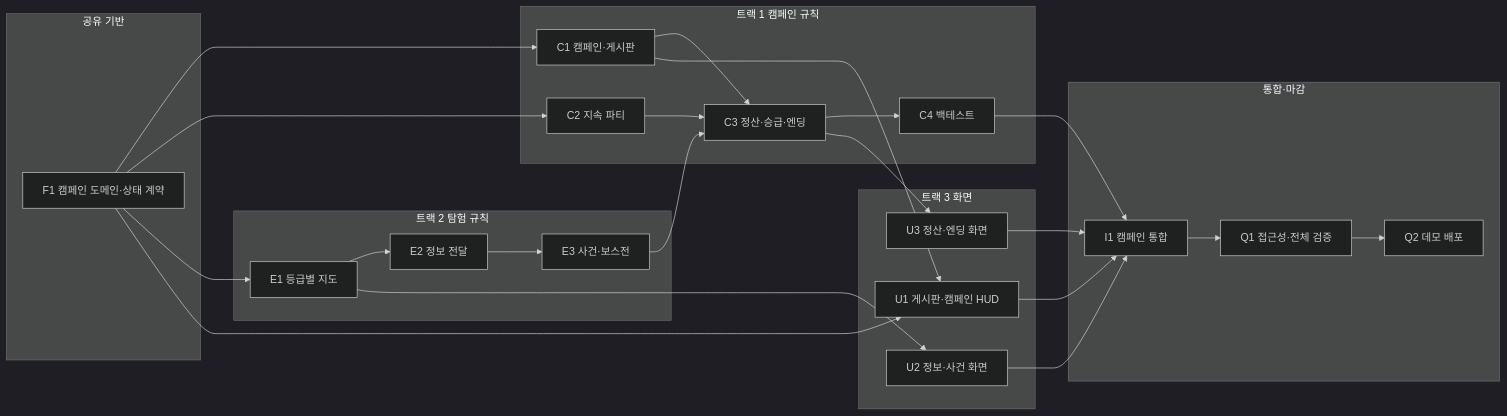
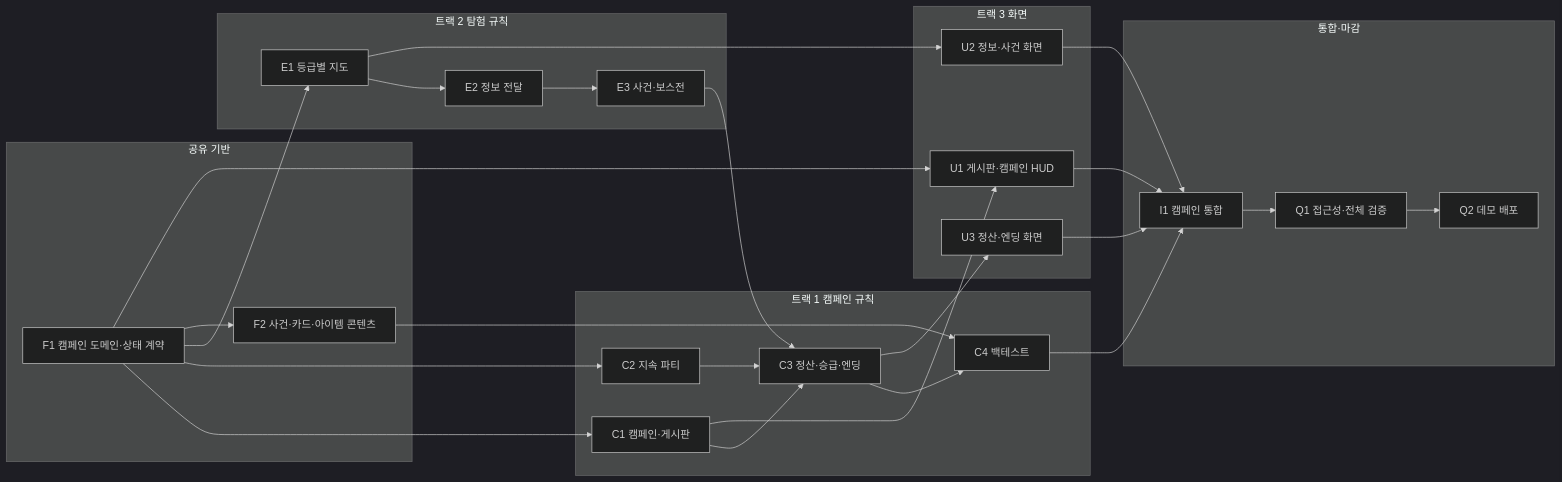
The diagram in docs/technical/PROTOTYPE_WORK_ASSIGNMENT.md (LatteBun/Dungeon_Schemer), drawn with Mermaid (dark theme) before and after one commit. The commit also changed other lines of this file, not shown here.

First line of the commit message:
문서: C4 백테스트를 막는 콘텐츠 작업을 F2로 분리한다

````diff
--- a/docs/technical/PROTOTYPE_WORK_ASSIGNMENT.md
+++ b/docs/technical/PROTOTYPE_WORK_ASSIGNMENT.md
@@ -30,41 +30,43 @@
 ```mermaid
 graph LR
   subgraph L0["공유 기반"]
     F1["F1 캠페인 도메인·상태 계약"]
+    F2["F2 사건·카드·아이템 콘텐츠"]
   end
   subgraph T1["트랙 1 캠페인 규칙"]
     C1["C1 캠페인·게시판"]
     C2["C2 지속 파티"]
     C3["C3 정산·승급·엔딩"]
     C4["C4 백테스트"]
   end
   subgraph T2["트랙 2 탐험 규칙"]
     E1["E1 등급별 지도"]
     E2["E2 정보 전달"]
     E3["E3 사건·보스전"]
   end
   subgraph T3["트랙 3 화면"]
     U1["U1 게시판·캠페인 HUD"]
     U2["U2 정보·사건 화면"]
     U3["U3 정산·엔딩 화면"]
   end
   subgraph L4["통합·마감"]
     I1["I1 캠페인 통합"]
     Q1["Q1 접근성·전체 검증"]
     Q2["Q2 데모 배포"]
   end
 
-  F1 --> C1 & C2 & E1 & U1
+  F1 --> C1 & C2 & E1 & F2 & U1
+  F2 --> C4
   C1 --> C3 & U1
   C2 --> C3
   E1 --> E2 & U2
   E2 --> E3
   E3 --> C3
   C3 --> C4 & U3
   C4 --> I1
   U1 --> I1
   U2 --> I1
   U3 --> I1
   I1 --> Q1
   Q1 --> Q2
 ```
````
